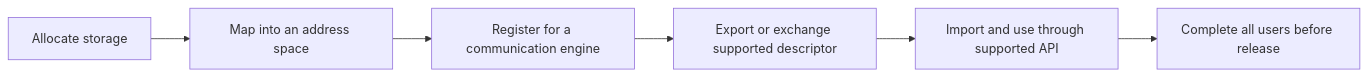
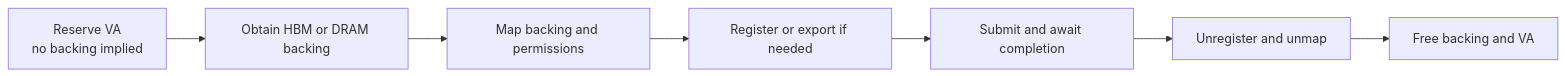
One commit to nbbb24/KeyNotes changed the diagram in docs/en/infra/memory-addressing.md. Above: the diagram before and after it, drawn with Mermaid. The commit also changed other lines of this file and 10 other files, not shown here.

````diff
--- a/docs/en/infra/memory-addressing.md
+++ b/docs/en/infra/memory-addressing.md
@@ -21,8 +42,9 @@
 ```mermaid
 flowchart LR
-    A[Allocate storage] --> B[Map into an address space]
-    B --> C[Register for a communication engine]
-    C --> D[Export or exchange supported descriptor]
-    D --> E[Import and use through supported API]
-    E --> F[Complete all users before release]
+    A[Reserve VA<br/>no backing implied] --> B[Obtain HBM or DRAM backing]
+    B --> C[Map backing and permissions]
+    C --> D[Register or export if needed]
+    D --> E[Submit and await completion]
+    E --> F[Unregister and unmap]
+    F --> G[Free backing and VA]
 ```
````
